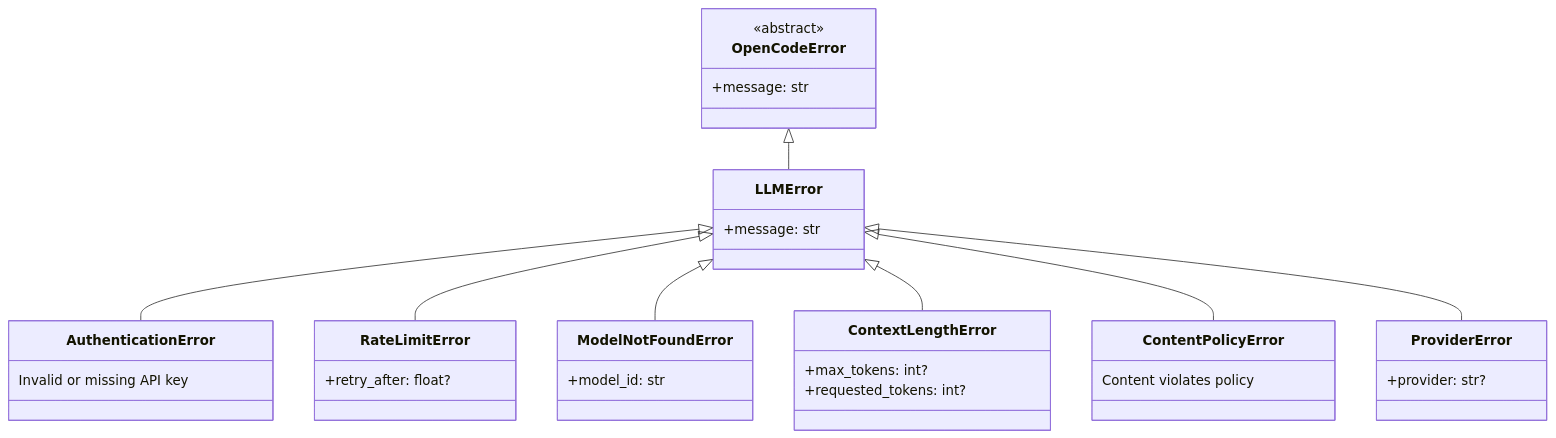
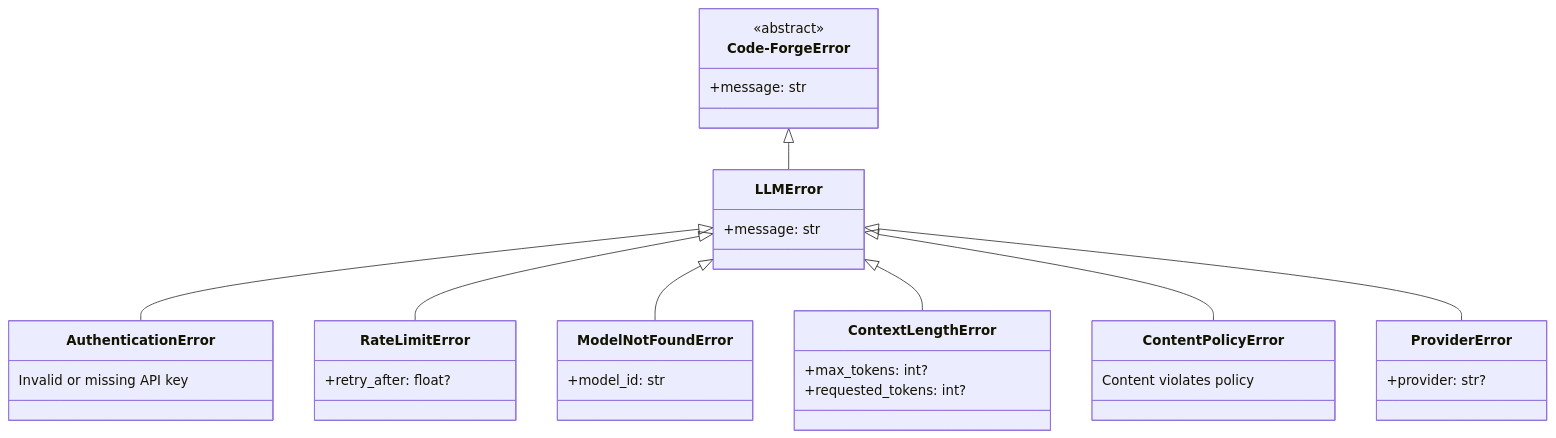
One commit to corey-rosamond/Code-Forge changed the second of 12 diagrams in .ai/phase/3.1/UML.md. Above: the diagram before and after it, drawn with Mermaid. The commit also changed other lines of this file and 505 other files, not shown here.

First line of the commit message:
Rename project from OpenCode to Code-Forge

````diff
--- a/.ai/phase/3.1/UML.md
+++ b/.ai/phase/3.1/UML.md
@@ -151,44 +151,44 @@
 ```mermaid
 classDiagram
-    class OpenCodeError {
+    class Code-ForgeError {
         <<abstract>>
         +message: str
     }
 
     class LLMError {
         +message: str
     }
 
     class AuthenticationError {
         Invalid or missing API key
     }
 
     class RateLimitError {
         +retry_after: float?
     }
 
     class ModelNotFoundError {
         +model_id: str
     }
 
     class ContextLengthError {
         +max_tokens: int?
         +requested_tokens: int?
     }
 
     class ContentPolicyError {
         Content violates policy
     }
 
     class ProviderError {
         +provider: str?
     }
 
-    OpenCodeError <|-- LLMError
+    Code-ForgeError <|-- LLMError
     LLMError <|-- AuthenticationError
     LLMError <|-- RateLimitError
     LLMError <|-- ModelNotFoundError
     LLMError <|-- ContextLengthError
     LLMError <|-- ContentPolicyError
     LLMError <|-- ProviderError
 ```
````
